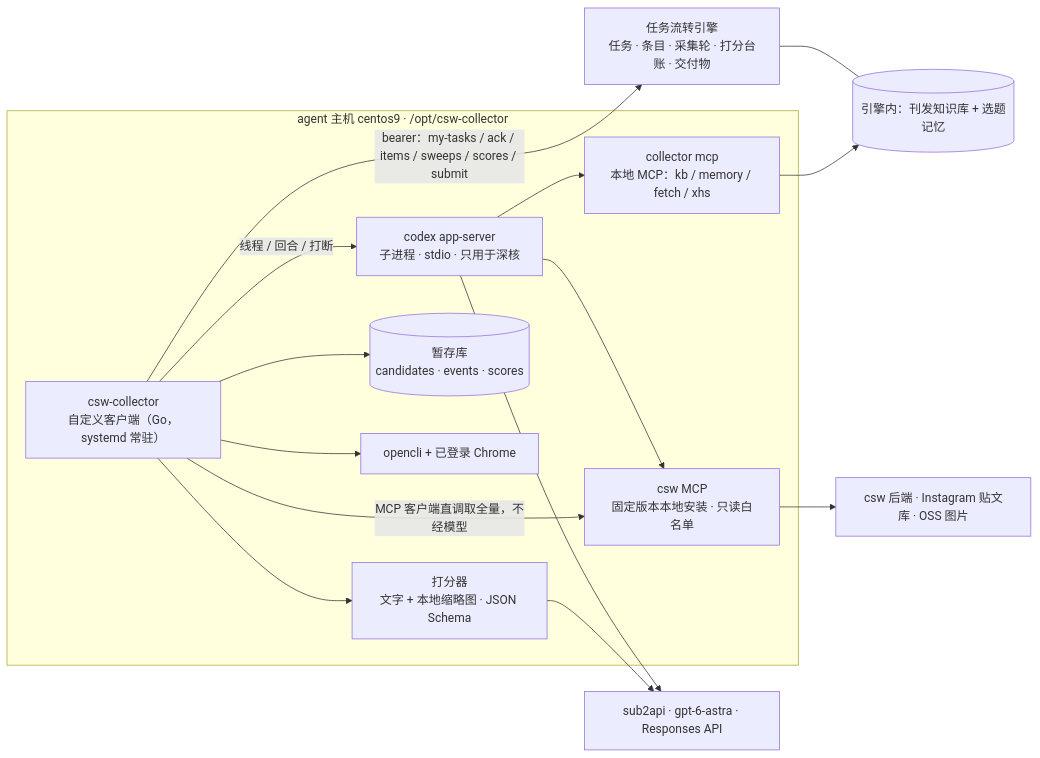
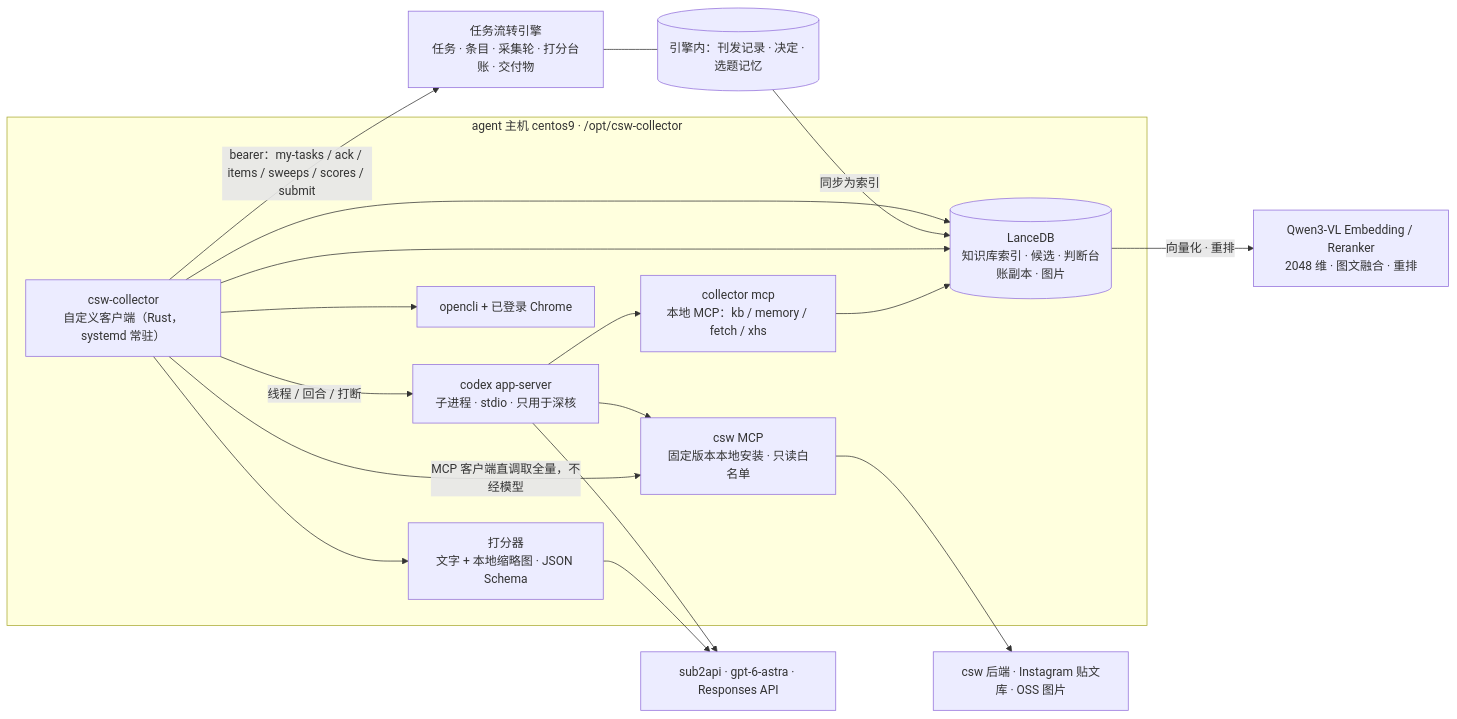
One commit to azure1489/csw-agent-team changed the diagram in docs/情报收集员_Codex采集引擎方案_20260918.md. Above: the diagram before and after it, drawn with Mermaid. The commit also changed other lines of this file and 7 other files, not shown here.

Commit message:
docs：技术栈定为 Rust 采集服务 + LanceDB + Qwen3-VL；改开发版、概要版、设计说明与设计图 1，流程确认稿加技术栈一节；接续记录 §28

````diff
--- a/docs/情报收集员_Codex采集引擎方案_20260918.md
+++ b/docs/情报收集员_Codex采集引擎方案_20260918.md
@@ -69,25 +69,29 @@
 ```mermaid
 flowchart LR
   subgraph HOST["agent 主机 centos9 · /opt/csw-collector"]
-    C["csw-collector<br/>自定义客户端（Go，systemd 常驻）"]
+    C["csw-collector<br/>自定义客户端（Rust，systemd 常驻）"]
     S["打分器<br/>文字 + 本地缩略图 · JSON Schema"]
     X["codex app-server<br/>子进程 · stdio · 只用于深核"]
     T["collector mcp<br/>本地 MCP：kb / memory / fetch / xhs"]
-    ST[("暂存库<br/>candidates · events · scores")]
+    ST[("LanceDB<br/>知识库索引 · 候选 · 判断台账副本 · 图片")]
     O["opencli + 已登录 Chrome"]
     M["csw MCP<br/>固定版本本地安装 · 只读白名单"]
   end
   E["任务流转引擎<br/>任务 · 条目 · 采集轮 · 打分台账 · 交付物"]
-  K[("引擎内：刊发知识库 + 选题记忆")]
+  K[("引擎内：刊发记录 · 决定 · 选题记忆")]
   P["sub2api · gpt-6-astra · Responses API"]
+  V["Qwen3-VL Embedding / Reranker<br/>2048 维 · 图文融合 · 重排"]
   B["csw 后端 · Instagram 贴文库 · OSS 图片"]
   C -- "bearer：my-tasks / ack / items / sweeps / scores / submit" --> E
   C -- "MCP 客户端直调取全量，不经模型" --> M
   C --> S --> P
   C -- "线程 / 回合 / 打断" --> X --> P
-  X --> T --> K
+  X --> T --> ST
+  C --> ST
+  ST -- "向量化 · 重排" --> V
+  K -- "同步为索引" --> ST
   X --> M --> B
   C --> ST
   C --> O
   E --- K
 ```
````
